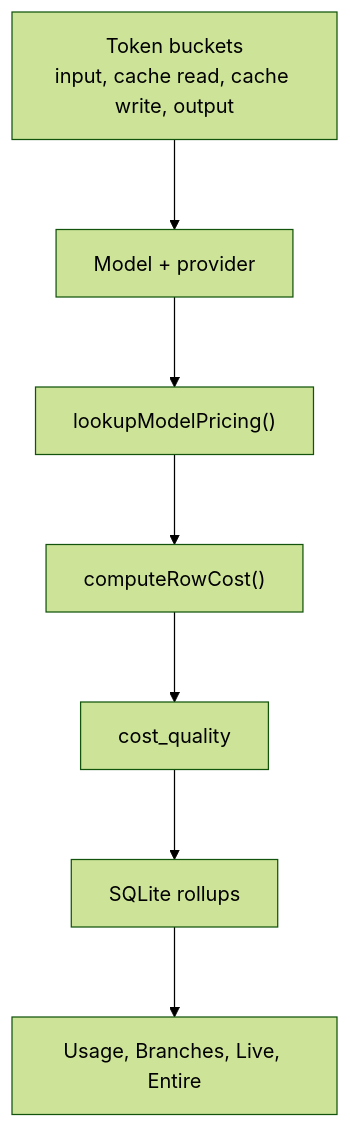
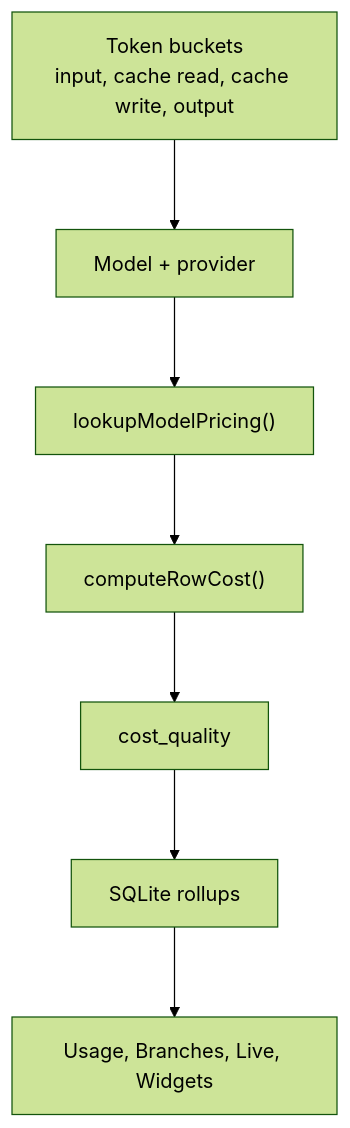
The sixth of 11 diagrams in docs/ARCHITECTURE.md (ivasuy/VibeDeck), drawn with Mermaid (forest theme) before and after one commit. The commit also changed other lines of this file and 50 other files, not shown here.

````diff
--- a/docs/ARCHITECTURE.md
+++ b/docs/ARCHITECTURE.md
@@ -269,10 +256,10 @@
 ```mermaid
 %%{init: {"flowchart": {"nodeSpacing": 48, "rankSpacing": 72, "curve": "basis"}} }%%
 flowchart TD
   Tokens["Token buckets\ninput, cache read, cache write, output"] --> Model["Model + provider"]
   Model --> Pricing["lookupModelPricing()"]
   Pricing --> Compute["computeRowCost()"]
   Compute --> Quality["cost_quality"]
   Quality --> DB["SQLite rollups"]
-  DB --> ReadModels["Usage, Branches, Live, Entire"]
+  DB --> ReadModels["Usage, Branches, Live, Widgets"]
 ```
````
